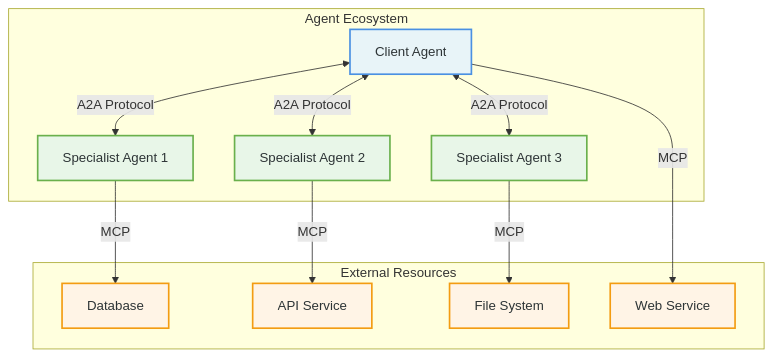
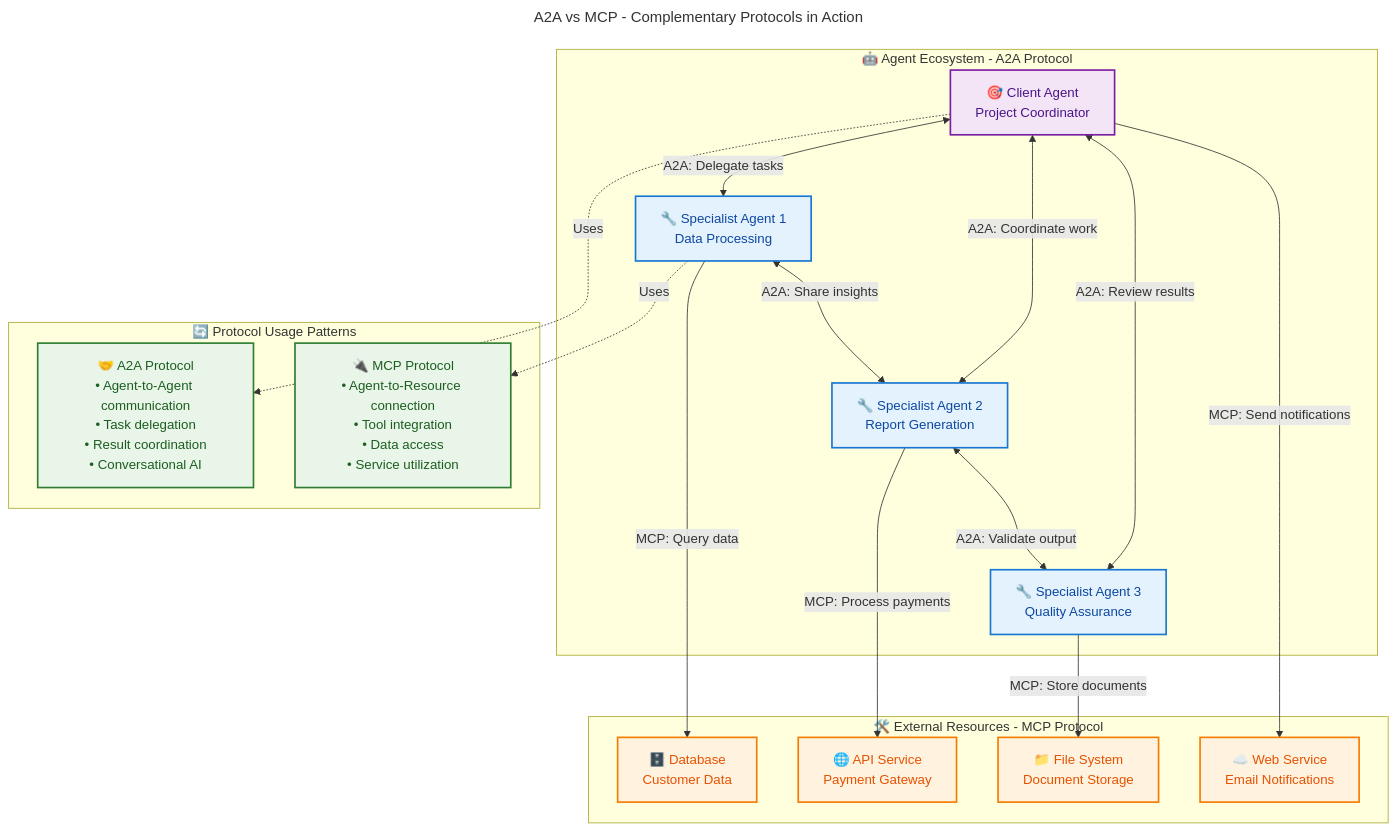
One commit to raphaelmansuy/tutorials changed diagram 12 of 22 in 28-a2a.md. Above: the diagram before and after it, drawn with Mermaid. The commit also changed other lines of this file, not shown here.

````diff
--- a/28-a2a.md
+++ b/28-a2a.md
@@ -129,34 +721,51 @@
 ```mermaid
-graph TB
-    subgraph "Agent Ecosystem"
-        A[Client Agent]
-        B[Specialist Agent 1]
-        C[Specialist Agent 2]
-        D[Specialist Agent 3]
+---
+title: A2A vs MCP - Complementary Protocols in Action
+---
+flowchart TB
+    subgraph "🤖 Agent Ecosystem - A2A Protocol"
+        CA["🎯 Client Agent<br/>Project Coordinator"]
+        SA1["🔧 Specialist Agent 1<br/>Data Processing"]
+        SA2["🔧 Specialist Agent 2<br/>Report Generation"]
+        SA3["🔧 Specialist Agent 3<br/>Quality Assurance"]
     end
 
-    subgraph "External Resources"
-        E[Database]
-        F[API Service]
-        G[File System]
-        H[Web Service]
+    subgraph "🛠️ External Resources - MCP Protocol"
+        DB["🗄️ Database<br/>Customer Data"]
+        API["🌐 API Service<br/>Payment Gateway"]
+        FS["📁 File System<br/>Document Storage"]
+        WS["☁️ Web Service<br/>Email Notifications"]
+    end
+    
+    subgraph "🔄 Protocol Usage Patterns"
+        A2A_DESC["🤝 A2A Protocol<br/>• Agent-to-Agent communication<br/>• Task delegation<br/>• Result coordination<br/>• Conversational AI"]
+        MCP_DESC["🔌 MCP Protocol<br/>• Agent-to-Resource connection<br/>• Tool integration<br/>• Data access<br/>• Service utilization"]
     end
 
-    A <-->|A2A Protocol| B
-    A <-->|A2A Protocol| C
-    A <-->|A2A Protocol| D
+    %% A2A connections (agent-to-agent)
+    CA <-->|"A2A: Delegate tasks"| SA1
+    CA <-->|"A2A: Coordinate work"| SA2
+    CA <-->|"A2A: Review results"| SA3
+    SA1 <-->|"A2A: Share insights"| SA2
+    SA2 <-->|"A2A: Validate output"| SA3
 
-    B -->|MCP| E
-    C -->|MCP| F
-    D -->|MCP| G
-    A -->|MCP| H
+    %% MCP connections (agent-to-resource)
+    SA1 -->|"MCP: Query data"| DB
+    SA2 -->|"MCP: Process payments"| API
+    SA3 -->|"MCP: Store documents"| FS
+    CA -->|"MCP: Send notifications"| WS
 
-    style A fill:#e8f4f8,stroke:#4a90e2,stroke-width:2px,color:#2d3436
-    style B fill:#e8f6e8,stroke:#6ab04c,stroke-width:2px,color:#2d3436
-    style C fill:#e8f6e8,stroke:#6ab04c,stroke-width:2px,color:#2d3436
-    style D fill:#e8f6e8,stroke:#6ab04c,stroke-width:2px,color:#2d3436
-    style E fill:#fff4e6,stroke:#f39c12,stroke-width:2px,color:#2d3436
-    style F fill:#fff4e6,stroke:#f39c12,stroke-width:2px,color:#2d3436
-    style G fill:#fff4e6,stroke:#f39c12,stroke-width:2px,color:#2d3436
-    style H fill:#fff4e6,stroke:#f39c12,stroke-width:2px,color:#2d3436
+    %% Visual connections to descriptions
+    CA -.->|"Uses"| A2A_DESC
+    SA1 -.->|"Uses"| MCP_DESC
+
+    classDef client fill:#f3e5f5,stroke:#7b1fa2,stroke-width:2px,color:#4a148c
+    classDef specialist fill:#e3f2fd,stroke:#1976d2,stroke-width:2px,color:#0d47a1
+    classDef resource fill:#fff3e0,stroke:#f57c00,stroke-width:2px,color:#e65100
+    classDef protocol fill:#e8f5e8,stroke:#2e7d32,stroke-width:2px,color:#1b5e20
+
+    class CA client
+    class SA1,SA2,SA3 specialist
+    class DB,API,FS,WS resource
+    class A2A_DESC,MCP_DESC protocol
 ```
````
